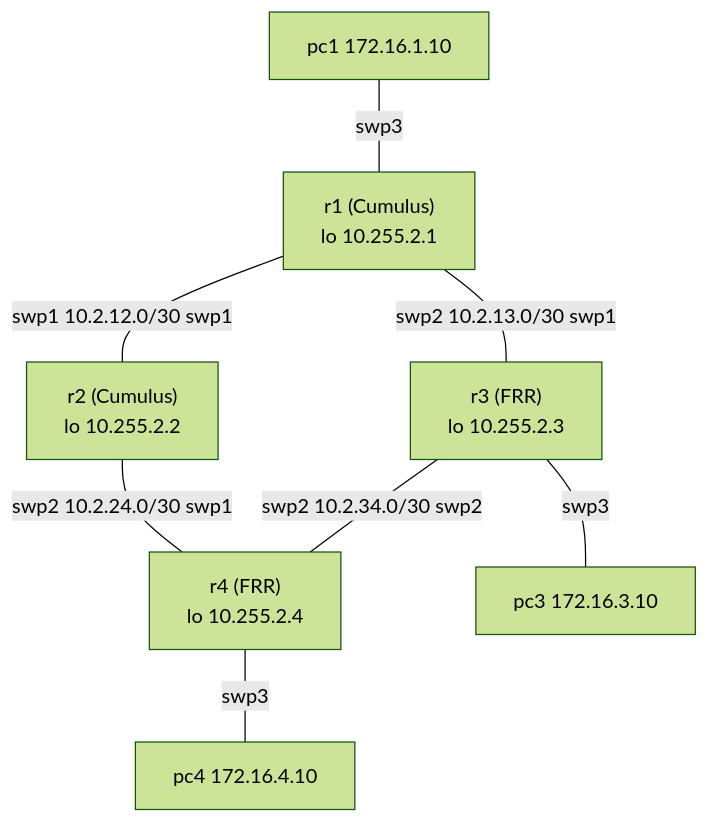
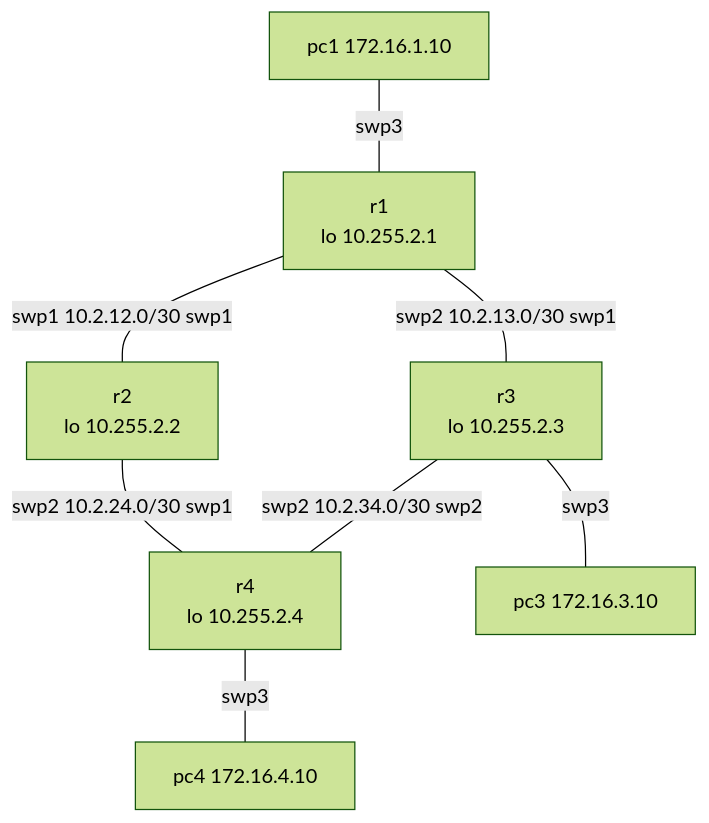
Before and after one commit to cgr-fct/cgr-gns3-lab: the diagram in labs/lab02-ospf/README.md, drawn with Mermaid (forest theme). The commit also changed other lines of this file and 61 other files, not shown here.

First line of the commit message:
Single FRR-based kit for all platforms: remove Cumulus VX/NVUE and lite mode, SSH/Ansible automation, per-lab inventory

````diff
--- a/labs/lab02-ospf/README.md
+++ b/labs/lab02-ospf/README.md
@@ -10,10 +8,10 @@
 ```mermaid
 graph TB
   pc1["pc1 172.16.1.10"] --- |swp3| r1
-  r1["r1 (Cumulus)<br/>lo 10.255.2.1"] --- |"swp1 10.2.12.0/30 swp1"| r2["r2 (Cumulus)<br/>lo 10.255.2.2"]
-  r1 --- |"swp2 10.2.13.0/30 swp1"| r3["r3 (FRR)<br/>lo 10.255.2.3"]
-  r2 --- |"swp2 10.2.24.0/30 swp1"| r4["r4 (FRR)<br/>lo 10.255.2.4"]
+  r1["r1<br/>lo 10.255.2.1"] --- |"swp1 10.2.12.0/30 swp1"| r2["r2<br/>lo 10.255.2.2"]
+  r1 --- |"swp2 10.2.13.0/30 swp1"| r3["r3<br/>lo 10.255.2.3"]
+  r2 --- |"swp2 10.2.24.0/30 swp1"| r4["r4<br/>lo 10.255.2.4"]
   r3 --- |"swp2 10.2.34.0/30 swp2"| r4
   r3 --- |swp3| pc3["pc3 172.16.3.10"]
   r4 --- |swp3| pc4["pc4 172.16.4.10"]
 ```
````
